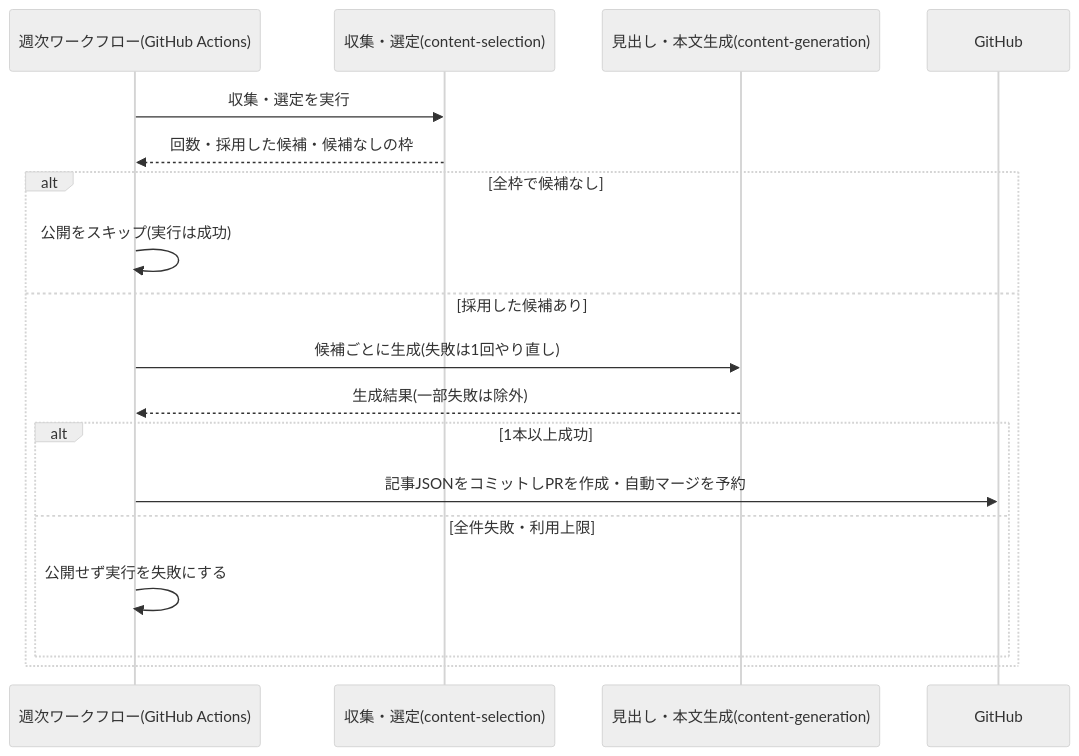
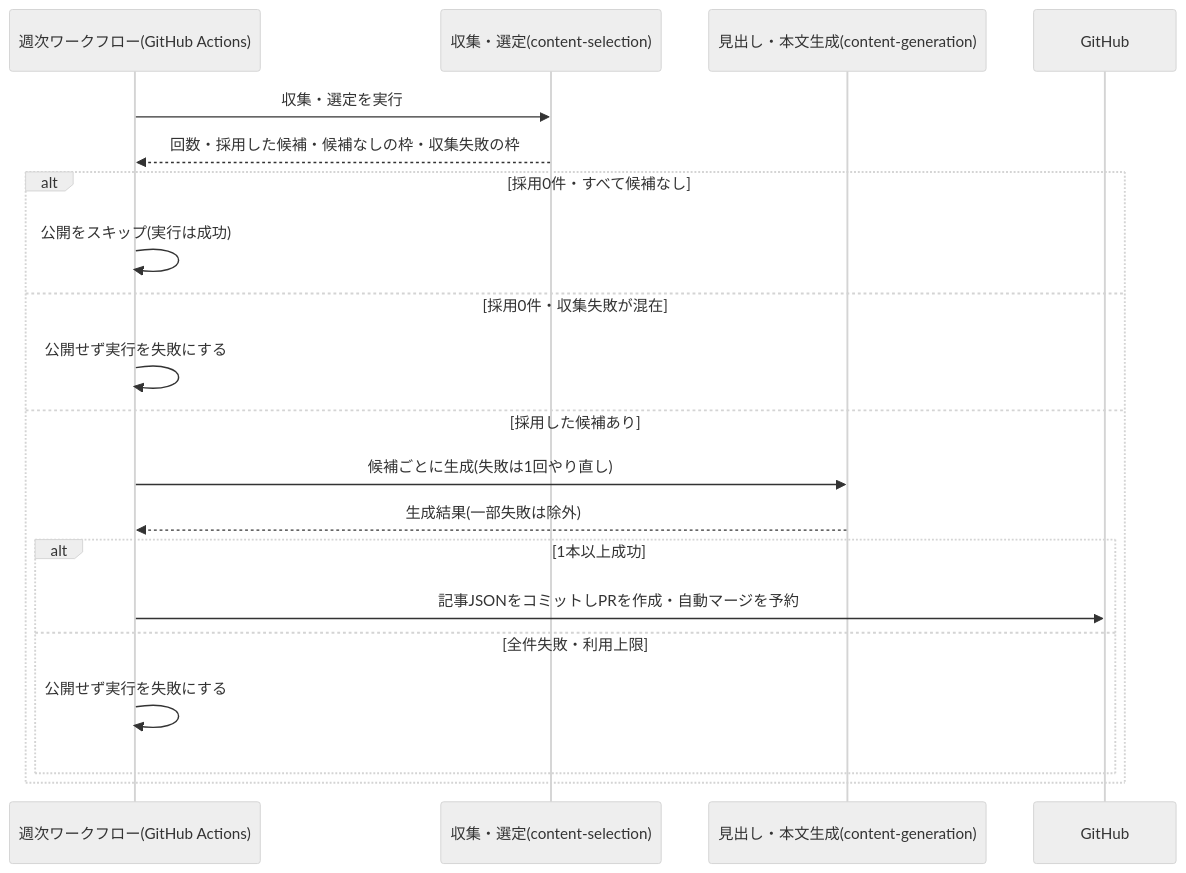
The diagram in specs/future-digest/weekly-publish/design.md (zakiyama0108/benriyatool), drawn with Mermaid (neutral theme) before and after one commit. The commit also changed other lines of this file and 7 other files, not shown here.

````diff
--- a/specs/future-digest/weekly-publish/design.md
+++ b/specs/future-digest/weekly-publish/design.md
@@ -32,21 +32,23 @@
 ```mermaid
 sequenceDiagram
     participant actions as 週次ワークフロー(GitHub Actions)
     participant select as 収集・選定(content-selection)
     participant gen as 見出し・本文生成(content-generation)
     participant gh as GitHub
 
     actions ->> select: 収集・選定を実行
-    select -->> actions: 回数・採用した候補・候補なしの枠
-    alt 全枠で候補なし
+    select -->> actions: 回数・採用した候補・候補なしの枠・収集失敗の枠
+    alt 採用0件・すべて候補なし
         actions ->> actions: 公開をスキップ(実行は成功)
+    else 採用0件・収集失敗が混在
+        actions ->> actions: 公開せず実行を失敗にする
     else 採用した候補あり
         actions ->> gen: 候補ごとに生成(失敗は1回やり直し)
         gen -->> actions: 生成結果(一部失敗は除外)
         alt 1本以上成功
             actions ->> gh: 記事JSONをコミットしPRを作成・自動マージを予約
         else 全件失敗・利用上限
             actions ->> actions: 公開せず実行を失敗にする
         end
     end
 ```
````
